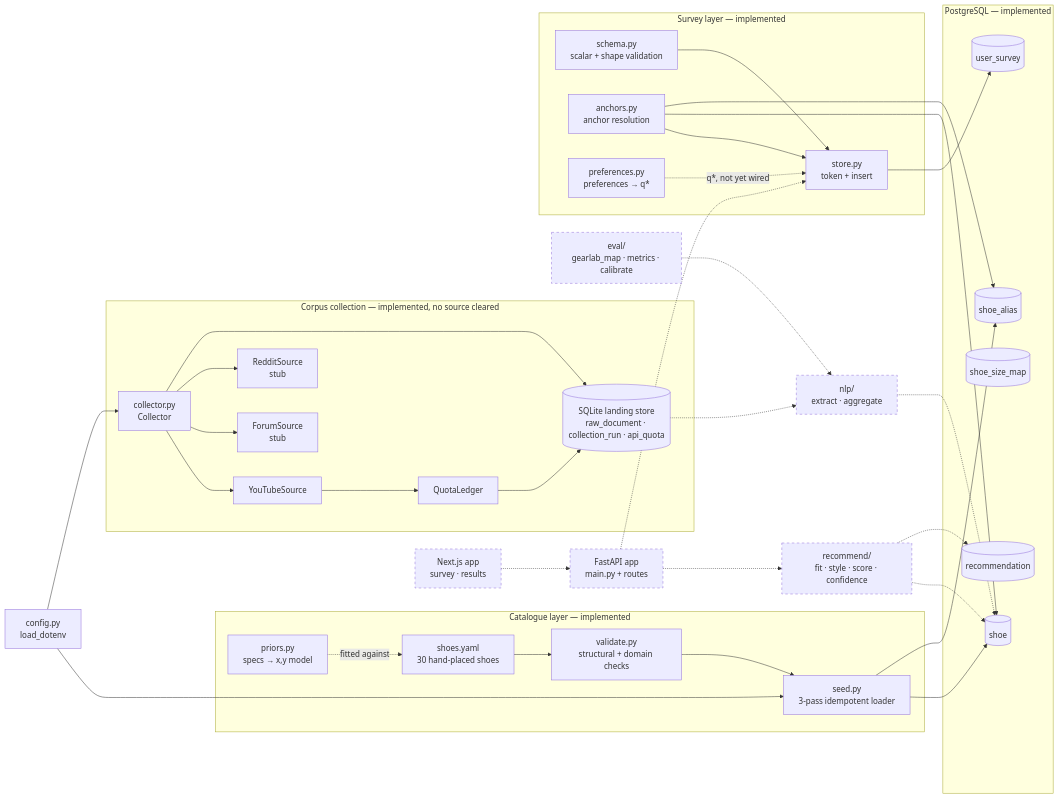
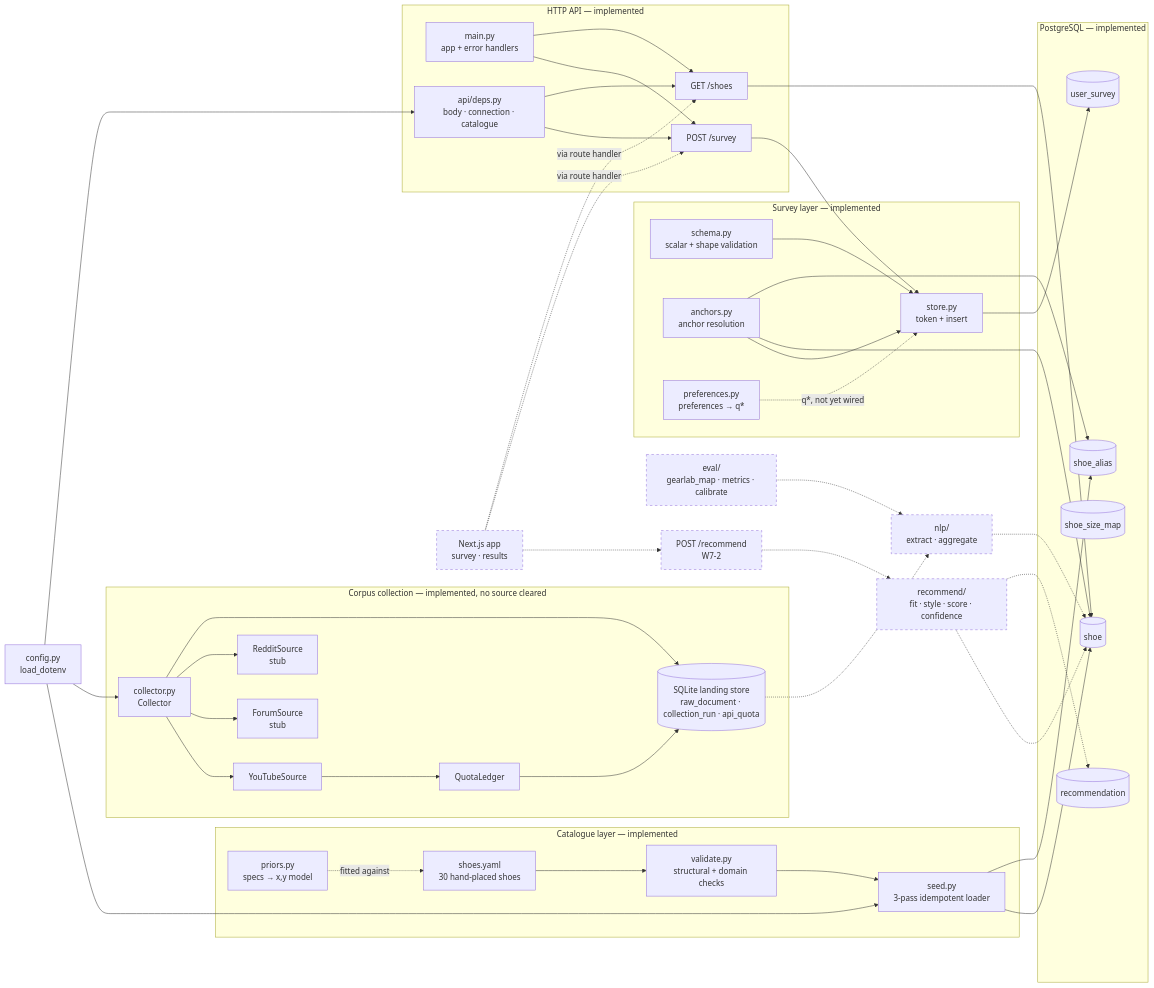
One commit to barlu3/CruxUp changed the first of 2 diagrams in docs/ARCHITECTURE.md. Above: the diagram before and after it, drawn with Mermaid. The commit also changed other lines of this file and 8 other files, not shown here.

````diff
--- a/docs/ARCHITECTURE.md
+++ b/docs/ARCHITECTURE.md
@@ -34,63 +34,78 @@
 ```mermaid
 flowchart LR
   subgraph Catalogue["Catalogue layer — implemented"]
     YAML[shoes.yaml<br/>30 hand-placed shoes]
     VAL[validate.py<br/>structural + domain checks]
     PRI[priors.py<br/>specs → x,y model]
     SEED[seed.py<br/>3-pass idempotent loader]
   end
 
   subgraph DB["PostgreSQL — implemented"]
     SHOE[(shoe)]
     ALIAS[(shoe_alias)]
     SIZE[(shoe_size_map)]
     SURV[(user_survey)]
     REC[(recommendation)]
   end
 
   subgraph Collect["Corpus collection — implemented, no source cleared"]
     COLL[collector.py<br/>Collector]
     YT[YouTubeSource]
     FOR[ForumSource<br/>stub]
     RED[RedditSource<br/>stub]
     LEDGER[QuotaLedger]
     LAND[(SQLite landing store<br/>raw_document · collection_run · api_quota)]
   end
 
   subgraph Survey["Survey layer — implemented"]
     SCH[schema.py<br/>scalar + shape validation]
     ANC[anchors.py<br/>anchor resolution]
     STO[store.py<br/>token + insert]
     PREF[preferences.py<br/>preferences → q*]
   end
 
+  subgraph HTTP["HTTP API — implemented"]
+    MAIN[main.py<br/>app + error handlers]
+    DEPS[api/deps.py<br/>body · connection · catalogue]
+    RSURV[POST /survey]
+    RSHOE[GET /shoes]
+  end
+
   CFG[config.py<br/>load_dotenv]
 
   YAML --> VAL --> SEED --> SHOE
   SEED --> ALIAS
   PRI -. fitted against .-> YAML
   CFG --> SEED
   CFG --> COLL
   COLL --> YT & FOR & RED
   YT --> LEDGER --> LAND
   COLL --> LAND
   SCH --> STO
   ANC --> STO
   ANC --> SHOE & ALIAS
   STO --> SURV
   PREF -.->|"q*, not yet wired"| STO
+  MAIN --> RSURV
+  MAIN --> RSHOE
+  DEPS --> RSURV
+  DEPS --> RSHOE
+  CFG --> DEPS
+  RSURV --> STO
+  RSHOE --> SHOE
 
-  API[FastAPI app<br/>main.py + routes]:::planned
+  RREC[POST /recommend<br/>W7-2]:::planned
   SCORE[recommend/<br/>fit · style · score · confidence]:::planned
   NLP[nlp/<br/>extract · aggregate]:::planned
   EVAL[eval/<br/>gearlab_map · metrics · calibrate]:::planned
   WEB[Next.js app<br/>survey · results]:::planned
 
-  WEB -.-> API -.-> SCORE -.-> SHOE
-  API -.-> STO
+  WEB -.->|via route handler| RSURV
+  WEB -.->|via route handler| RSHOE
+  WEB -.-> RREC -.-> SCORE -.-> SHOE
   SCORE -.-> REC
   LAND -.-> NLP -.-> SHOE
   EVAL -.-> NLP
 
   classDef planned stroke-dasharray: 5 5
 ```
````
